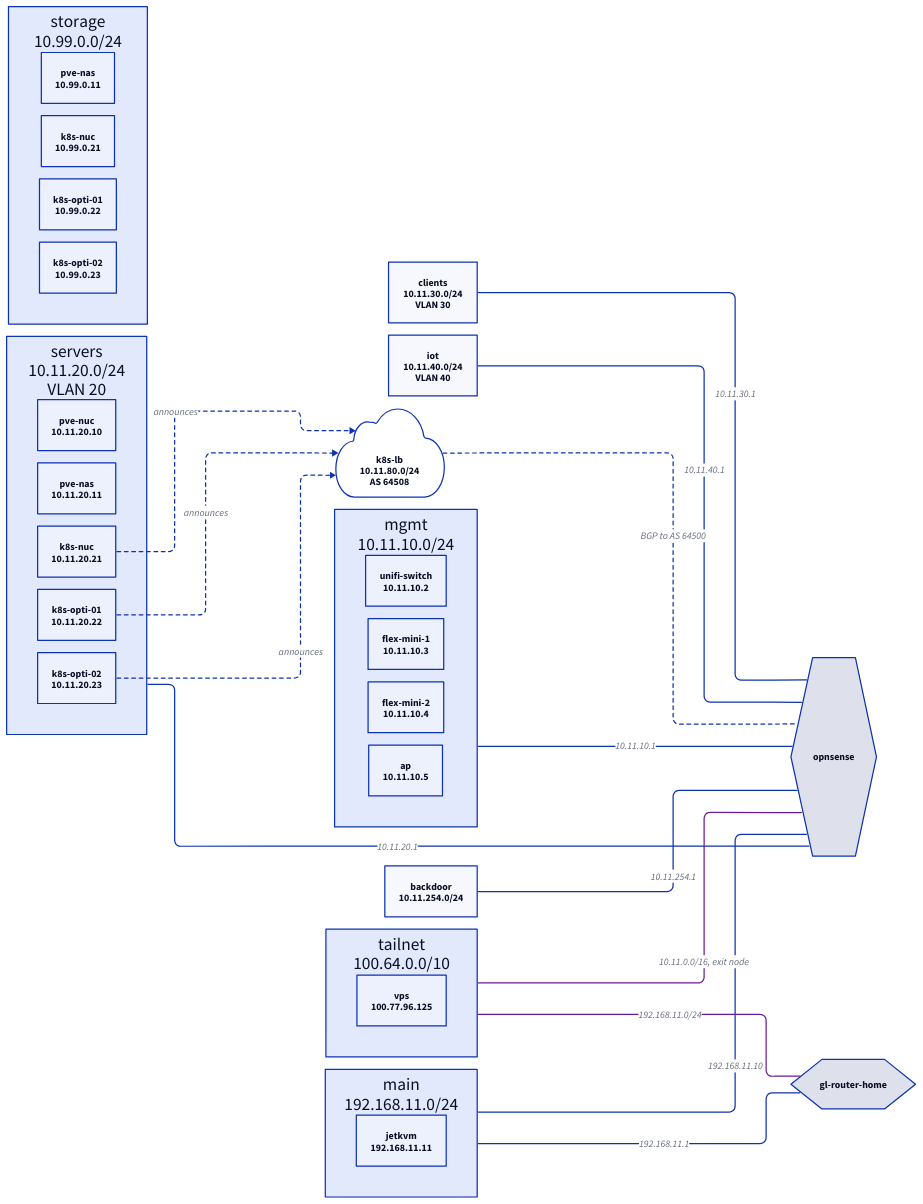
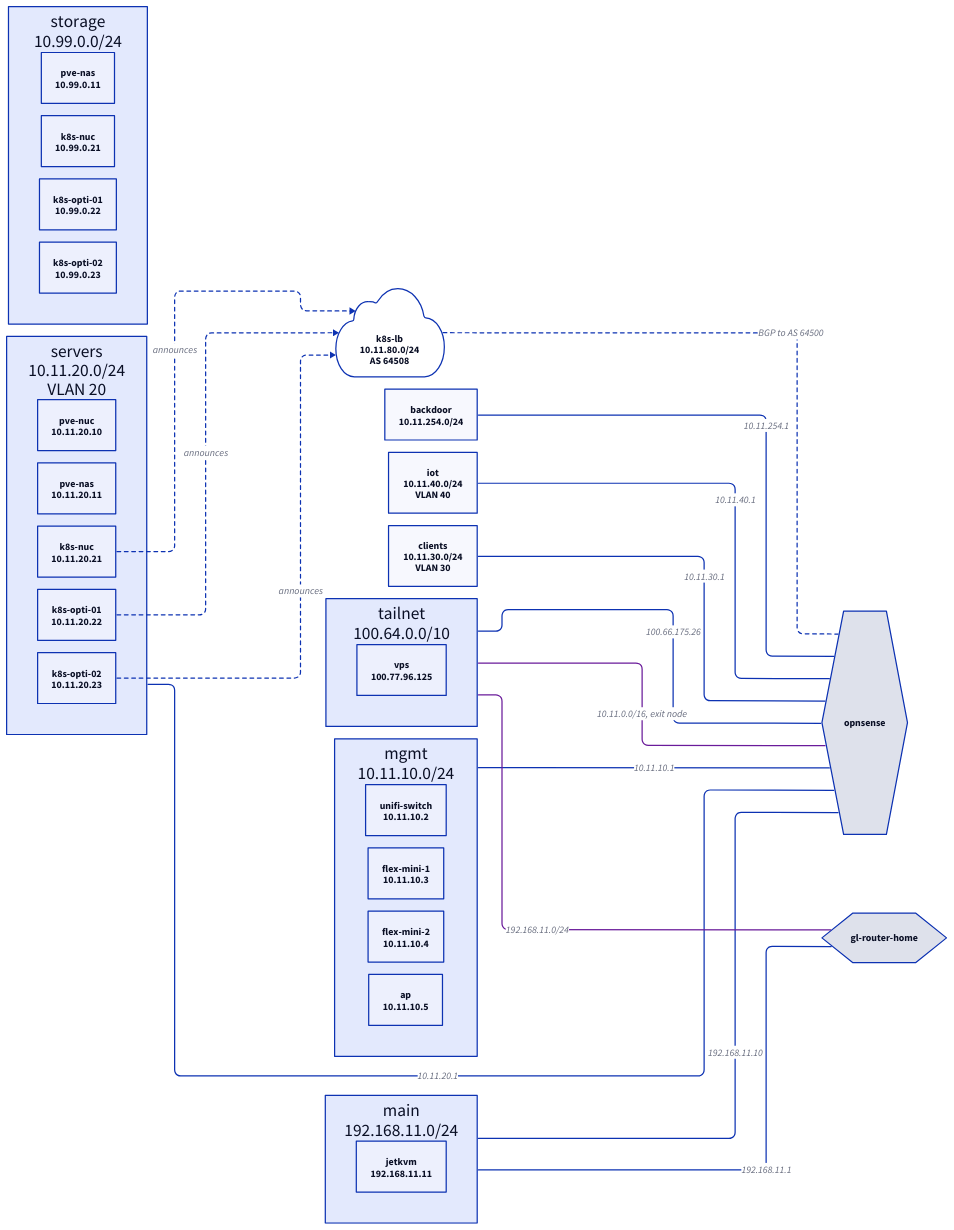
The diagram in docs/diagrams/network.d2 (subbeh/home-ops), drawn with D2 before and after one commit. The commit also changed 3 other files, not shown here.

Commit message:
feat(ansible): record opnsense's tailnet address

```diff
--- a/docs/diagrams/network.d2
+++ b/docs/diagrams/network.d2
@@ -1,65 +1,66 @@
 # GENERATED by just docs; do not edit. `just docs` renders it to network.svg.
 # The Networks from network.yaml with their addresses, the routers between them, the Pools
 # and the tailnet routes. A Network with no edge to a router is unrouted.
 direction: right
 # dagre routes edges through unrelated Network containers; elk doesn't.
 vars: {d2-config: {layout-engine: elk}}
 
 "gl-router-home": {shape: hexagon}
 "opnsense": {shape: hexagon}
 
 "main": {
   label: "main\n192.168.11.0/24"
   "jetkvm": "jetkvm\n192.168.11.11"
 }
 "main" -- "gl-router-home": "192.168.11.1"
 "main" -- "opnsense": "192.168.11.10"
 "mgmt": {
   label: "mgmt\n10.11.10.0/24"
   "unifi-switch": "unifi-switch\n10.11.10.2"
   "flex-mini-1": "flex-mini-1\n10.11.10.3"
   "flex-mini-2": "flex-mini-2\n10.11.10.4"
   "ap": "ap\n10.11.10.5"
 }
 "mgmt" -- "opnsense": "10.11.10.1"
 "servers": {
   label: "servers\n10.11.20.0/24\nVLAN 20"
   "pve-nuc": "pve-nuc\n10.11.20.10"
   "pve-nas": "pve-nas\n10.11.20.11"
   "k8s-nuc": "k8s-nuc\n10.11.20.21"
   "k8s-opti-01": "k8s-opti-01\n10.11.20.22"
   "k8s-opti-02": "k8s-opti-02\n10.11.20.23"
 }
 "servers" -- "opnsense": "10.11.20.1"
 "clients": {
   label: "clients\n10.11.30.0/24\nVLAN 30"
 }
 "clients" -- "opnsense": "10.11.30.1"
 "iot": {
   label: "iot\n10.11.40.0/24\nVLAN 40"
 }
 "iot" -- "opnsense": "10.11.40.1"
 "backdoor": {
   label: "backdoor\n10.11.254.0/24"
 }
 "backdoor" -- "opnsense": "10.11.254.1"
 "storage": {
   label: "storage\n10.99.0.0/24"
   "pve-nas": "pve-nas\n10.99.0.11"
   "k8s-nuc": "k8s-nuc\n10.99.0.21"
   "k8s-opti-01": "k8s-opti-01\n10.99.0.22"
   "k8s-opti-02": "k8s-opti-02\n10.99.0.23"
 }
 "tailnet": {
   label: "tailnet\n100.64.0.0/10"
   "vps": "vps\n100.77.96.125"
 }
+"tailnet" -- "opnsense": "100.66.175.26"
 
 "k8s-lb": "k8s-lb\n10.11.80.0/24\nAS 64508" {shape: cloud}
 "k8s-lb" -- "opnsense": "BGP to AS 64500" {style.stroke-dash: 3}
 "servers"."k8s-nuc" -> "k8s-lb": announces {style.stroke-dash: 3}
 "servers"."k8s-opti-01" -> "k8s-lb": announces {style.stroke-dash: 3}
 "servers"."k8s-opti-02" -> "k8s-lb": announces {style.stroke-dash: 3}
 
 tailnet -- "opnsense": "10.11.0.0/16, exit node" {style.stroke: "#6A1B9A"}
 tailnet -- "gl-router-home": "192.168.11.0/24" {style.stroke: "#6A1B9A"}
```
